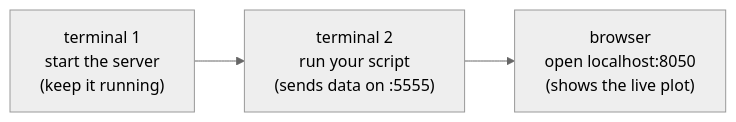
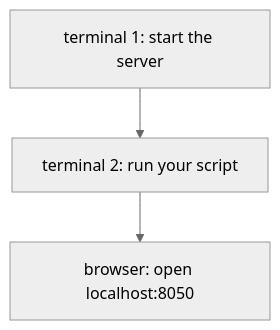
The second of 2 diagrams in README.md (jmontp/rtplot), drawn with Mermaid (neutral theme) before and after one commit. The commit also changed other lines of this file and 1 other file, not shown here.

Commit message:
Mermaid diagrams: switch flowcharts to TD orientation for mobile
Left-right flowcharts overflowed narrow viewports and triggered
GitHub's mermaid pan/zoom controls. Switched to top-down and
shortened node labels so the whole diagram fits.

````diff
--- a/README.md
+++ b/README.md
@@ -60,7 +60,7 @@
 ```mermaid
-flowchart LR
-    t1["terminal 1<br/>start the server<br/>(keep it running)"]
-    t2["terminal 2<br/>run your script<br/>(sends data on :5555)"]
-    br["browser<br/>open localhost:8050<br/>(shows the live plot)"]
+flowchart TD
+    t1["terminal 1: start the server"]
+    t2["terminal 2: run your script"]
+    br["browser: open localhost:8050"]
     t1 --> t2 --> br
 ```
````
